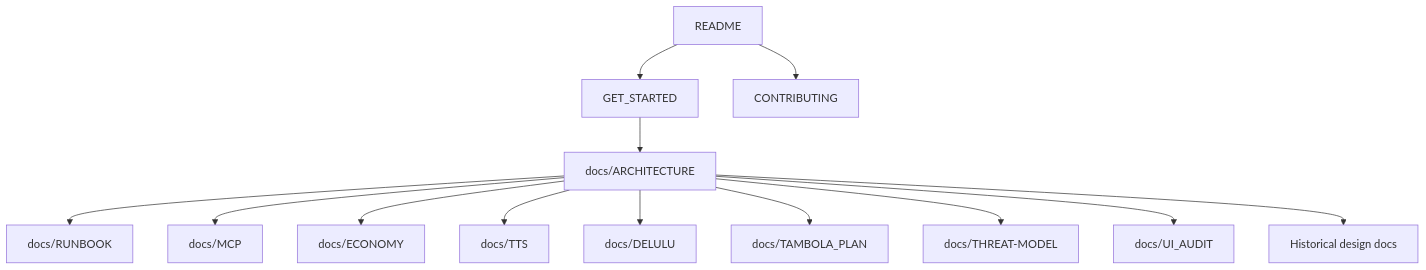
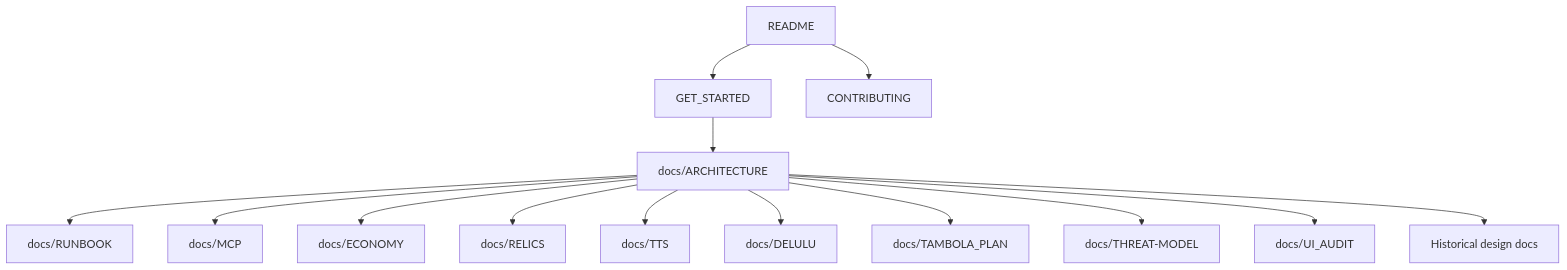
Before and after one commit to DeathSurfing/siela-bot: the diagram in docs/README.md, drawn with Mermaid. The commit also changed other lines of this file and 31 other files, not shown here.

````diff
--- a/docs/README.md
+++ b/docs/README.md
@@ -5,15 +5,16 @@
 ```mermaid
 flowchart TD
   START[README] --> GET[GET_STARTED]
   GET --> ARCH[docs/ARCHITECTURE]
   START --> CONTRIB[CONTRIBUTING]
   ARCH --> RUN[docs/RUNBOOK]
   ARCH --> MCP[docs/MCP]
   ARCH --> ECON[docs/ECONOMY]
+  ARCH --> RELICS[docs/RELICS]
   ARCH --> TTS[docs/TTS]
   ARCH --> DELULU[docs/DELULU]
   ARCH --> TAMBOLA[docs/TAMBOLA_PLAN]
   ARCH --> THREAT[docs/THREAT-MODEL]
   ARCH --> UI[docs/UI_AUDIT]
   ARCH --> HIST[Historical design docs]
 ```
````
